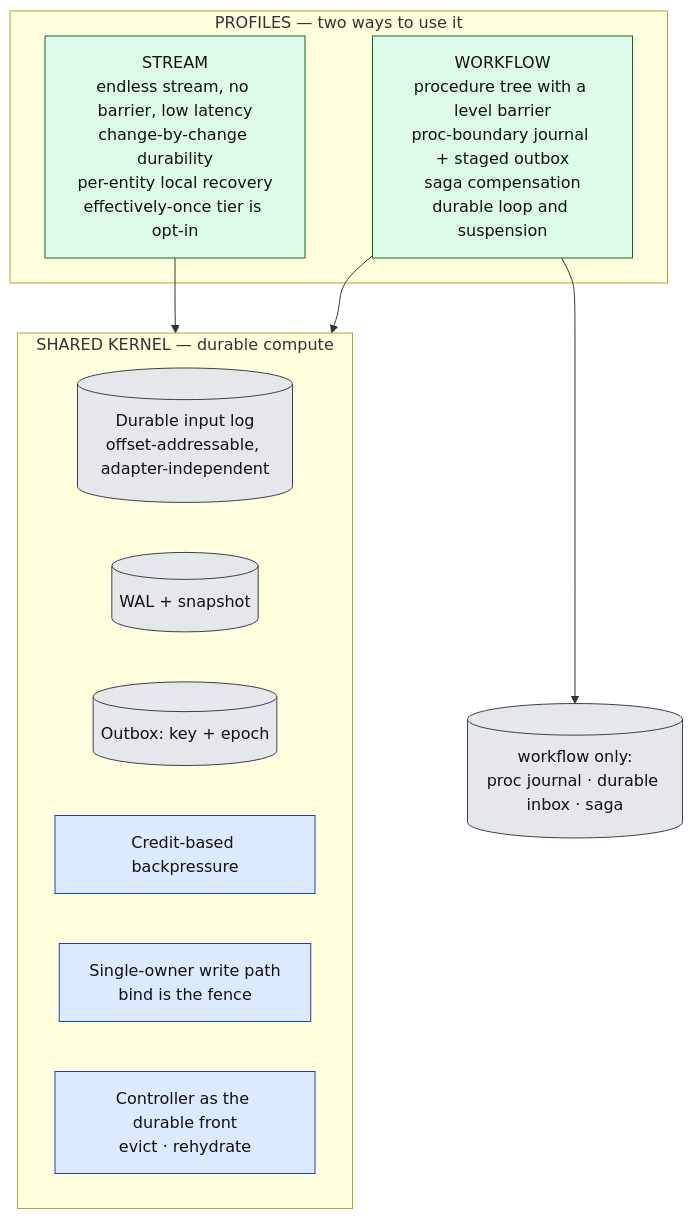
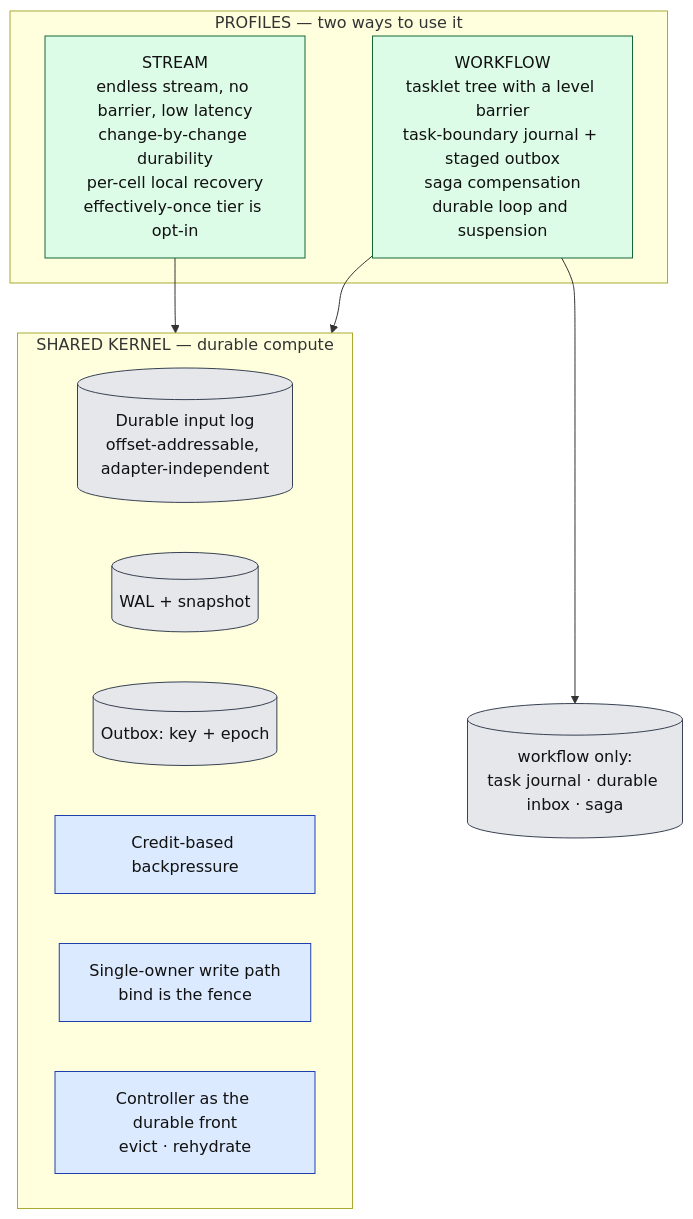
The fifth of 9 diagrams in docs/architecture/README.md (Flezha/flezha), drawn with Mermaid before and after one commit. The commit also changed other lines of this file and 604 other files, not shown here.

First line of the commit message:
Rename Procedure to Tasklet and Entity to Cell

````diff
--- a/docs/architecture/README.md
+++ b/docs/architecture/README.md
@@ -234,24 +235,24 @@
 ```mermaid
 flowchart TB
     subgraph PROF["PROFILES — two ways to use it"]
-        UNB["STREAM<br/>endless stream, no barrier, low latency<br/>change-by-change durability<br/>per-entity local recovery<br/>effectively-once tier is opt-in"]:::exec
-        BND["WORKFLOW<br/>procedure tree with a level barrier<br/>proc-boundary journal + staged outbox<br/>saga compensation<br/>durable loop and suspension"]:::exec
+        UNB["STREAM<br/>endless stream, no barrier, low latency<br/>change-by-change durability<br/>per-cell local recovery<br/>effectively-once tier is opt-in"]:::exec
+        BND["WORKFLOW<br/>tasklet tree with a level barrier<br/>task-boundary journal + staged outbox<br/>saga compensation<br/>durable loop and suspension"]:::exec
     end
     subgraph KERN["SHARED KERNEL — durable compute"]
         K1[("Durable input log<br/>offset-addressable, adapter-independent")]:::store
         K2[("WAL + snapshot")]:::store
         K3[("Outbox: key + epoch")]:::store
         K4["Credit-based backpressure"]:::ctrl
         K5["Single-owner write path<br/>bind is the fence"]:::ctrl
         K6["Controller as the durable front<br/>evict · rehydrate"]:::ctrl
     end
-    BEXTRA[("workflow only:<br/>proc journal · durable inbox · saga")]:::store
+    BEXTRA[("workflow only:<br/>task journal · durable inbox · saga")]:::store
 
     UNB --> KERN
     BND --> KERN
     BND --> BEXTRA
 
     classDef ctrl fill:#dbeafe,stroke:#1e40af,color:#111
     classDef exec fill:#dcfce7,stroke:#166534,color:#111
     classDef store fill:#e5e7eb,stroke:#374151,color:#111
 ```
````
